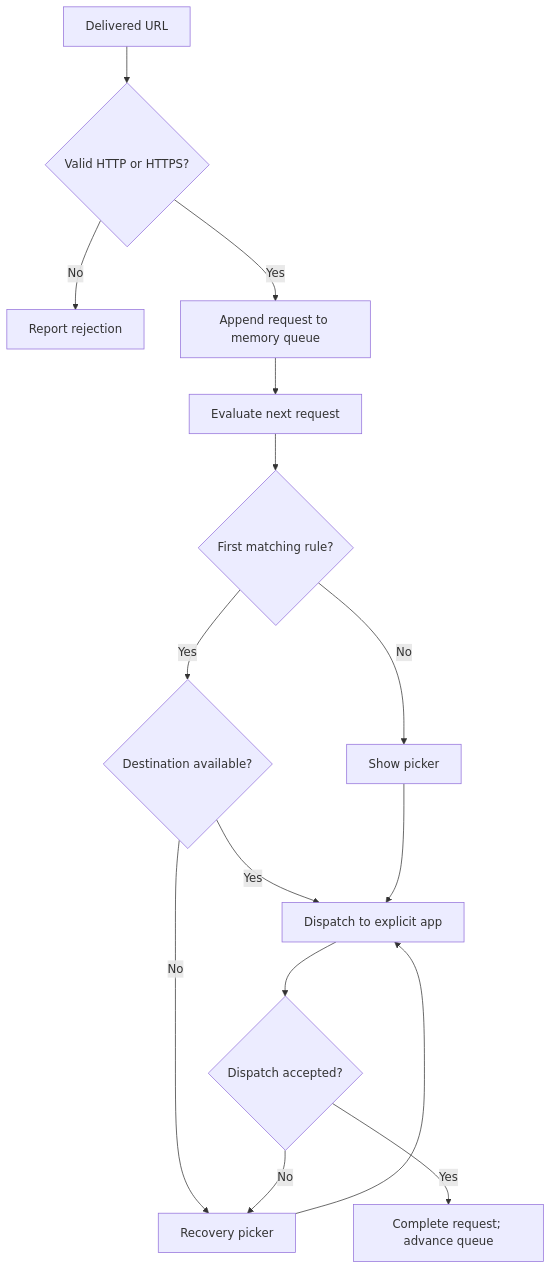
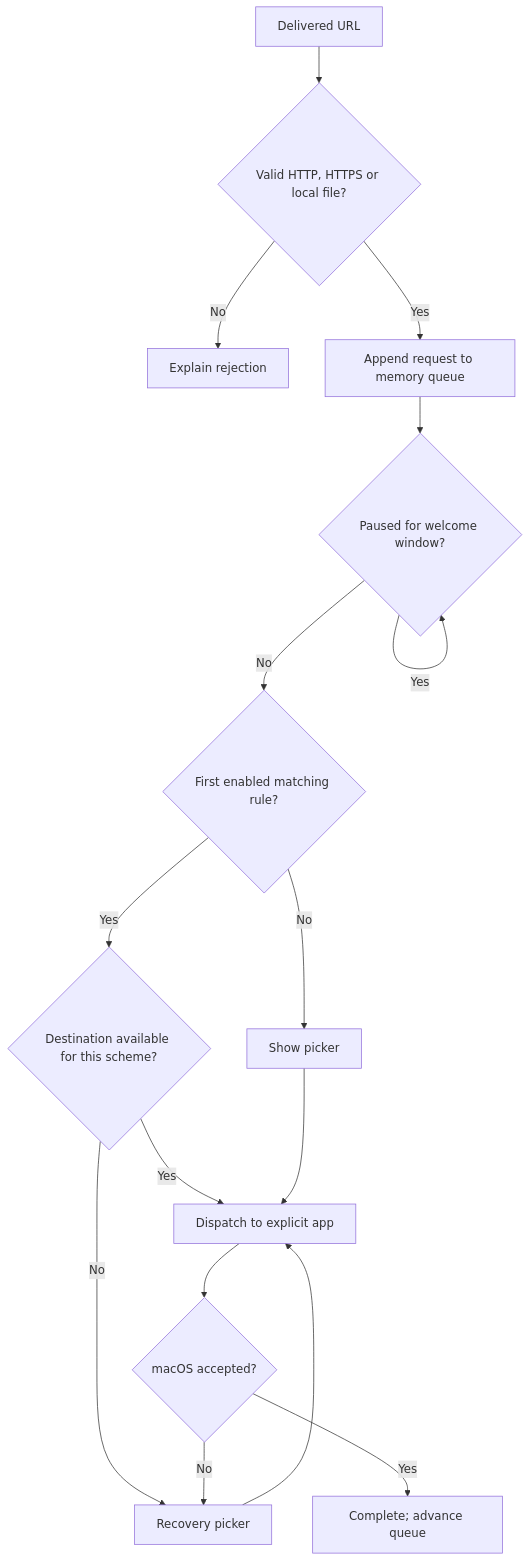
One commit to marek-e/blink changed the diagram in docs/architecture.md. Above: the diagram before and after it, drawn with Mermaid. The commit also changed other lines of this file and 75 other files, not shown here.

````diff
--- a/docs/architecture.md
+++ b/docs/architecture.md
@@ -35,17 +38,18 @@
 ```mermaid
 flowchart TD
-    A[Delivered URL] --> B{Valid HTTP or HTTPS?}
-    B -- No --> C[Report rejection]
+    A[Delivered URL] --> B{Valid HTTP, HTTPS or local file?}
+    B -- No --> C[Explain rejection]
     B -- Yes --> D[Append request to memory queue]
-    D --> E[Evaluate next request]
-    E --> F{First matching rule?}
+    D --> E{Paused for welcome window?}
+    E -- Yes --> E
+    E -- No --> F{First enabled matching rule?}
     F -- No --> G[Show picker]
-    F -- Yes --> H{Destination available?}
+    F -- Yes --> H{Destination available for this scheme?}
     H -- No --> I[Recovery picker]
     H -- Yes --> J[Dispatch to explicit app]
     G --> J
     I --> J
-    J --> K{Dispatch accepted?}
+    J --> K{macOS accepted?}
     K -- No --> I
-    K -- Yes --> L[Complete request; advance queue]
+    K -- Yes --> L[Complete; advance queue]
 ```
````
